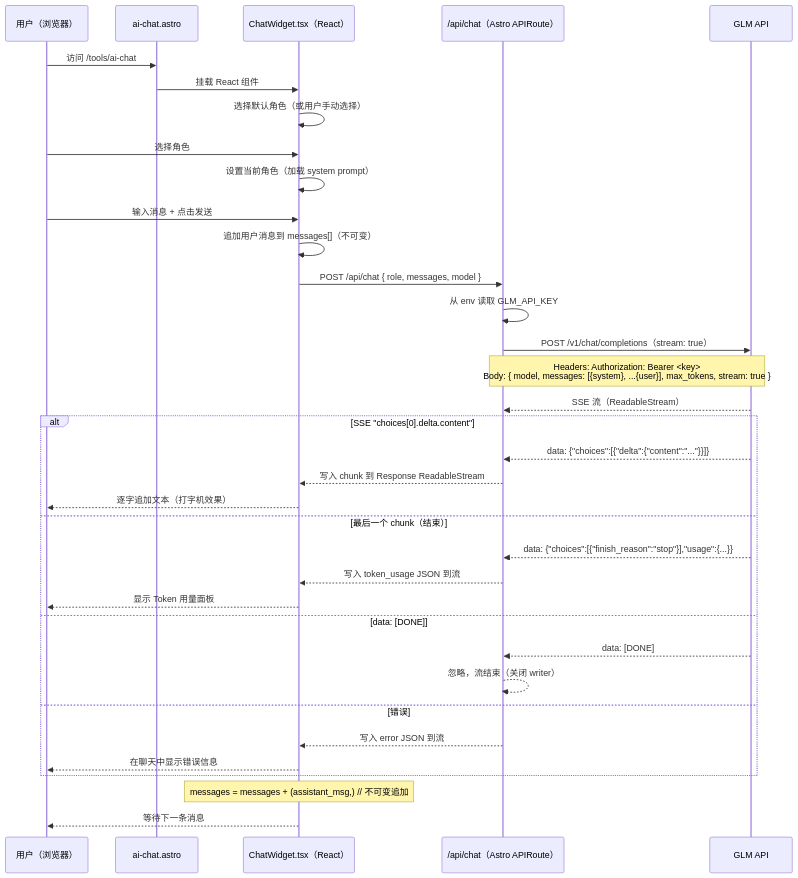
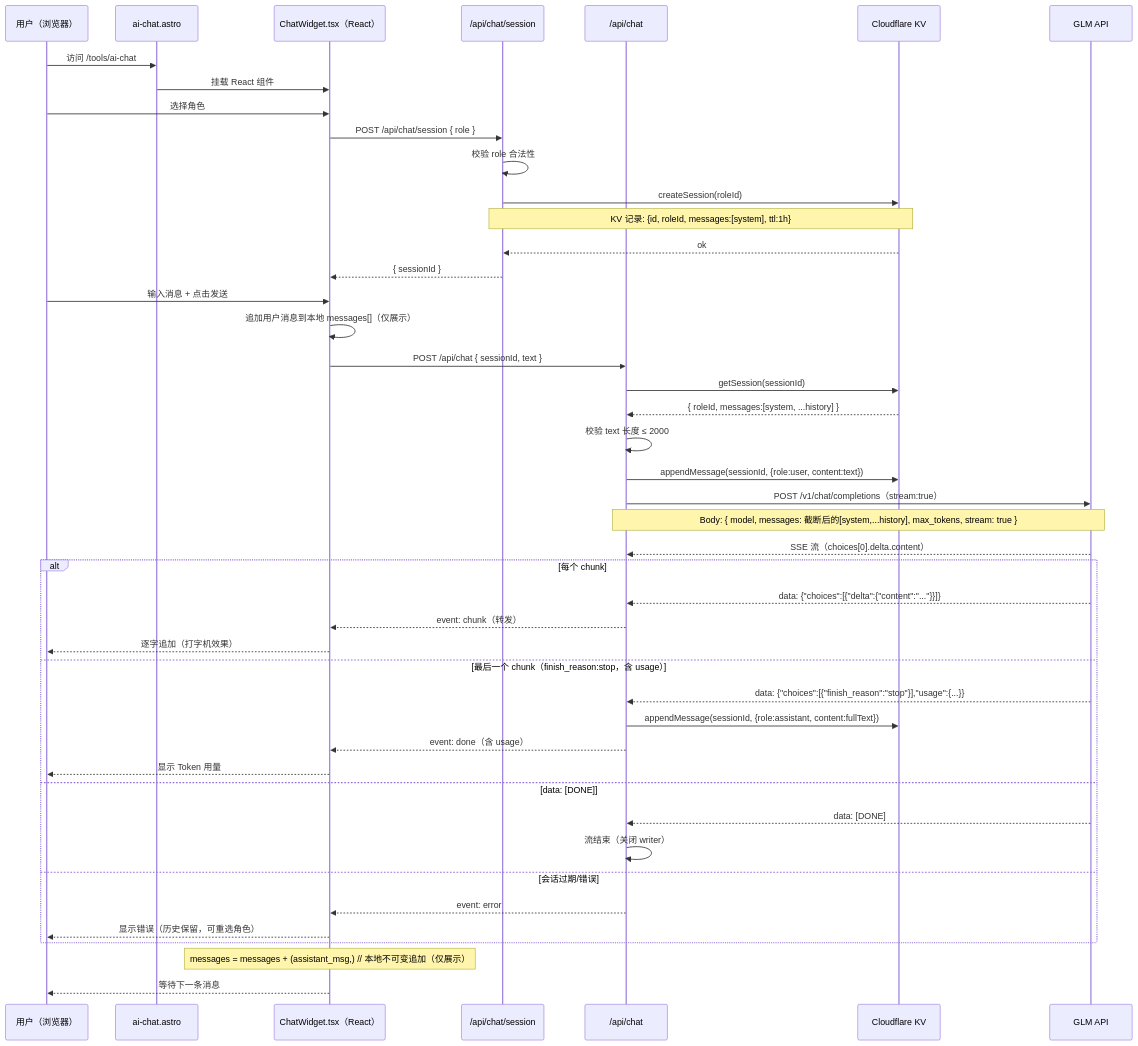
One commit to cbl315/ai-roadmap changed the diagram in plans/phase2-web-chat.md. Above: the diagram before and after it, drawn with Mermaid. The commit also changed other lines of this file, not shown here.

````diff
--- a/plans/phase2-web-chat.md
+++ b/plans/phase2-web-chat.md
@@ -56,43 +61,53 @@
 ```mermaid
 sequenceDiagram
     participant User as 用户（浏览器）
     participant Page as ai-chat.astro
     participant Widget as ChatWidget.tsx（React）
-    participant API as /api/chat（Astro APIRoute）
+    participant SessionAPI as /api/chat/session
+    participant ChatAPI as /api/chat
+    participant KV as Cloudflare KV
     participant GLM as GLM API
 
     User->>Page: 访问 /tools/ai-chat
     Page->>Widget: 挂载 React 组件
-    Widget->>Widget: 选择默认角色（或用户手动选择）
 
     User->>Widget: 选择角色
-    Widget->>Widget: 设置当前角色（加载 system prompt）
+    Widget->>SessionAPI: POST /api/chat/session { role }
+    SessionAPI->>SessionAPI: 校验 role 合法性
+    SessionAPI->>KV: createSession(roleId)
+    Note over SessionAPI,KV: KV 记录: {id, roleId, messages:[system], ttl:1h}
+    KV-->>SessionAPI: ok
+    SessionAPI-->>Widget: { sessionId }
 
     User->>Widget: 输入消息 + 点击发送
-    Widget->>Widget: 追加用户消息到 messages[]（不可变）
-    Widget->>API: POST /api/chat { role, messages, model }
+    Widget->>Widget: 追加用户消息到本地 messages[]（仅展示）
+    Widget->>ChatAPI: POST /api/chat { sessionId, text }
 
-    API->>API: 从 env 读取 GLM_API_KEY
-    API->>GLM: POST /v1/chat/completions（stream: true）
-    Note over API,GLM: Headers: Authorization: Bearer <key><br/>Body: { model, messages: [{system}, ...{user}], max_tokens, stream: true }
+    ChatAPI->>KV: getSession(sessionId)
+    KV-->>ChatAPI: { roleId, messages:[system, ...history] }
+    ChatAPI->>ChatAPI: 校验 text 长度 ≤ 2000
+    ChatAPI->>KV: appendMessage(sessionId, {role:user, content:text})
+    ChatAPI->>GLM: POST /v1/chat/completions（stream:true）
+    Note over ChatAPI,GLM: Body: { model, messages: 截断后的[system,...history], max_tokens, stream: true }
 
-    GLM-->>API: SSE 流（ReadableStream）
-    alt SSE "choices[0].delta.content"
-        GLM-->>API: data: {"choices":[{"delta":{"content":"..."}}]}
-        API-->>Widget: 写入 chunk 到 Response ReadableStream
-        Widget-->>User: 逐字追加文本（打字机效果）
-    else 最后一个 chunk（结束）
-        GLM-->>API: data: {"choices":[{"finish_reason":"stop"}],"usage":{...}}
-        API-->>Widget: 写入 token_usage JSON 到流
-        Widget-->>User: 显示 Token 用量面板
+    GLM-->>ChatAPI: SSE 流（choices[0].delta.content）
+    alt 每个 chunk
+        GLM-->>ChatAPI: data: {"choices":[{"delta":{"content":"..."}}]}
+        ChatAPI-->>Widget: event: chunk（转发）
+        Widget-->>User: 逐字追加（打字机效果）
+    else 最后一个 chunk（finish_reason:stop，含 usage）
+        GLM-->>ChatAPI: data: {"choices":[{"finish_reason":"stop"}],"usage":{...}}
+        ChatAPI->>KV: appendMessage(sessionId, {role:assistant, content:fullText})
+        ChatAPI-->>Widget: event: done（含 usage）
+        Widget-->>User: 显示 Token 用量
     else data: [DONE]
-        GLM-->>API: data: [DONE]
-        API-->>API: 忽略，流结束（关闭 writer）
-    else 错误
-        API-->>Widget: 写入 error JSON 到流
-        Widget-->>User: 在聊天中显示错误信息
+        GLM-->>ChatAPI: data: [DONE]
+        ChatAPI->>ChatAPI: 流结束（关闭 writer）
+    else 会话过期/错误
+        ChatAPI-->>Widget: event: error
+        Widget-->>User: 显示错误（历史保留，可重选角色）
     end
 
-    Note over Widget: messages = messages + (assistant_msg,) // 不可变追加
+    Note over Widget: messages = messages + (assistant_msg,) // 本地不可变追加（仅展示）
     Widget-->>User: 等待下一条消息
 ```
````
